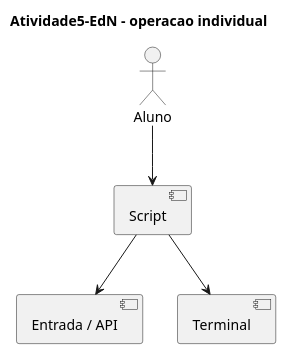
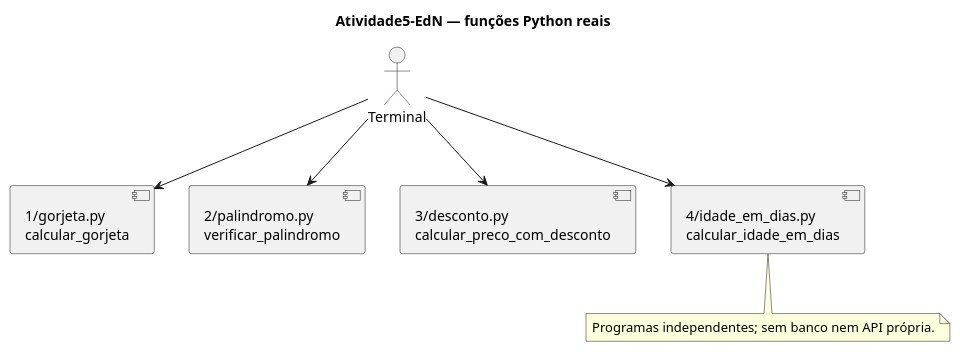
Before and after one commit to DanieldeAlmeida2024/Atividade5-EdN: the diagram in docs/UML.puml, drawn with PlantUML. The commit also changed 10 other files, not shown here.

Commit message:
docs: especificar funcoes, entradas, testes e UML por exercicio

```diff
--- a/docs/UML.puml
+++ b/docs/UML.puml
@@ -1,10 +1,15 @@
 @startuml
-title Atividade5-EdN - operacao individual
-actor Aluno
-component Script
-component "Entrada / API" as Fonte
-component Terminal
-Aluno --> Script
-Script --> Fonte
-Script --> Terminal
+title Atividade5-EdN — funções Python reais
+actor Terminal
+component "1/gorjeta.py\ncalcular_gorjeta" as M0
+Terminal --> M0
+component "2/palindromo.py\nverificar_palindromo" as M1
+Terminal --> M1
+component "3/desconto.py\ncalcular_preco_com_desconto" as M2
+Terminal --> M2
+component "4/idade_em_dias.py\ncalcular_idade_em_dias" as M3
+Terminal --> M3
+note bottom
+Programas independentes; sem banco nem API própria.
+end note
 @enduml
```
